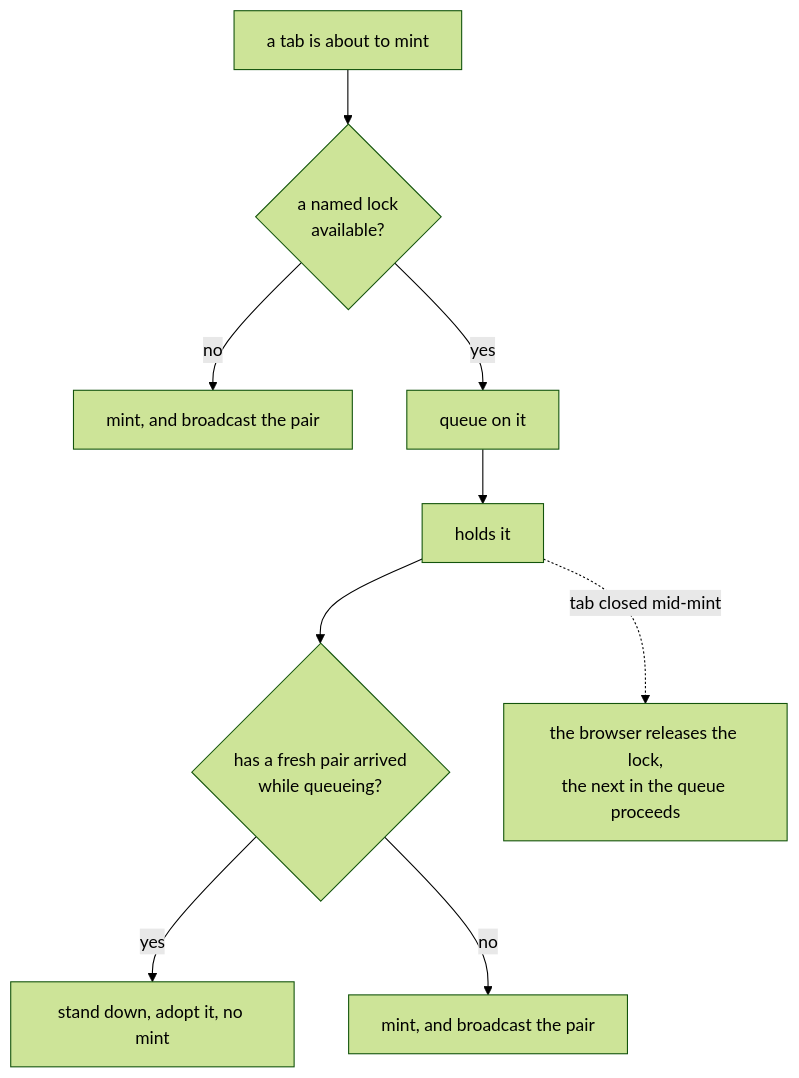
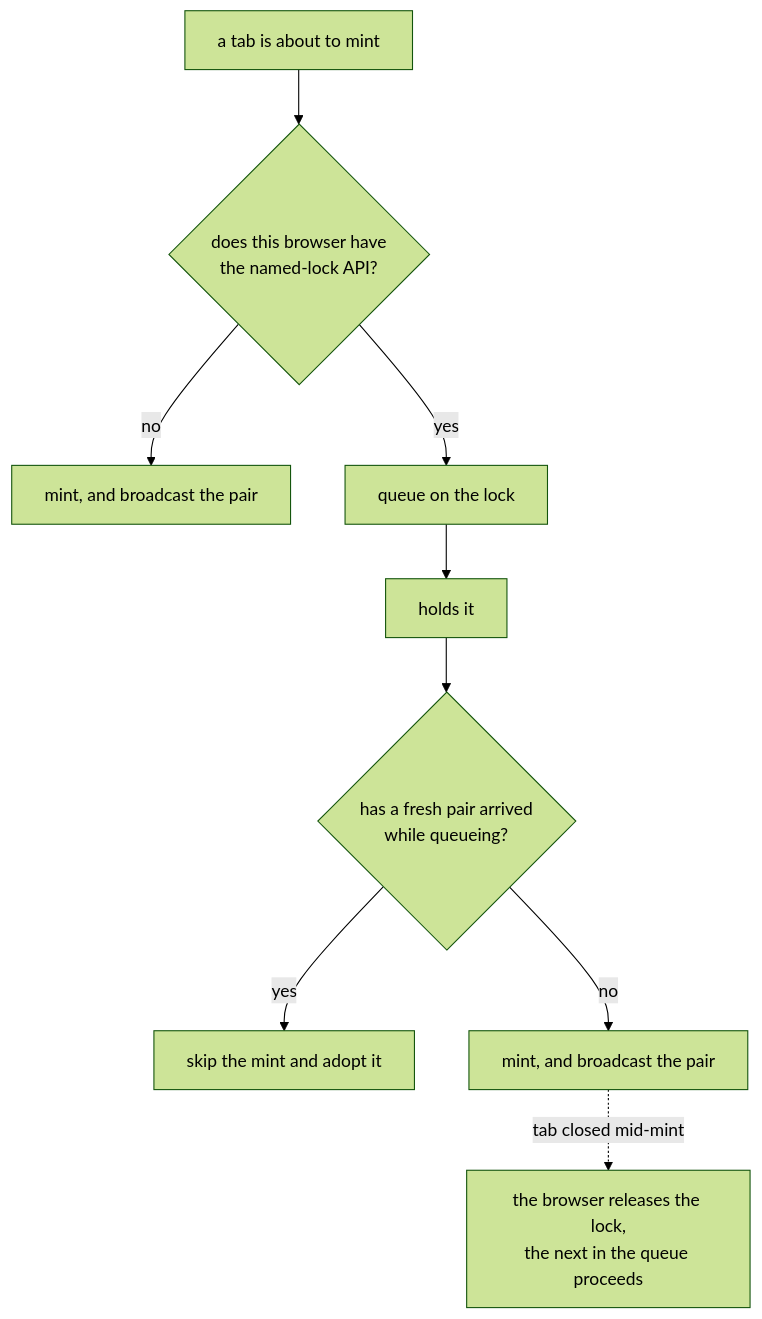
The fourth of 5 diagrams in docs/ongoing/client-app-sessions.md (dfinity/internet-identity), drawn with Mermaid (forest theme) before and after one commit. The commit also changed other lines of this file, not shown here.

````diff
--- a/docs/ongoing/client-app-sessions.md
+++ b/docs/ongoing/client-app-sessions.md
@@ -292,11 +257,11 @@
 ```mermaid
 flowchart TD
-    N["a tab is about to mint"] --> L{"a named lock<br/>available?"}
+    N["a tab is about to mint"] --> L{"does this browser have<br/>the named-lock API?"}
     L -->|no| M1["mint, and broadcast the pair"]
-    L -->|yes| Q["queue on it"]
+    L -->|yes| Q["queue on the lock"]
     Q --> H["holds it"]
     H --> R{"has a fresh pair arrived<br/>while queueing?"}
-    R -->|yes| S["stand down, adopt it, no mint"]
+    R -->|yes| S["skip the mint and adopt it"]
     R -->|no| M2["mint, and broadcast the pair"]
-    H -.->|tab closed mid-mint| RL["the browser releases the lock,<br/>the next in the queue proceeds"]
+    M2 -.->|tab closed mid-mint| RL["the browser releases the lock,<br/>the next in the queue proceeds"]
 ```
````
